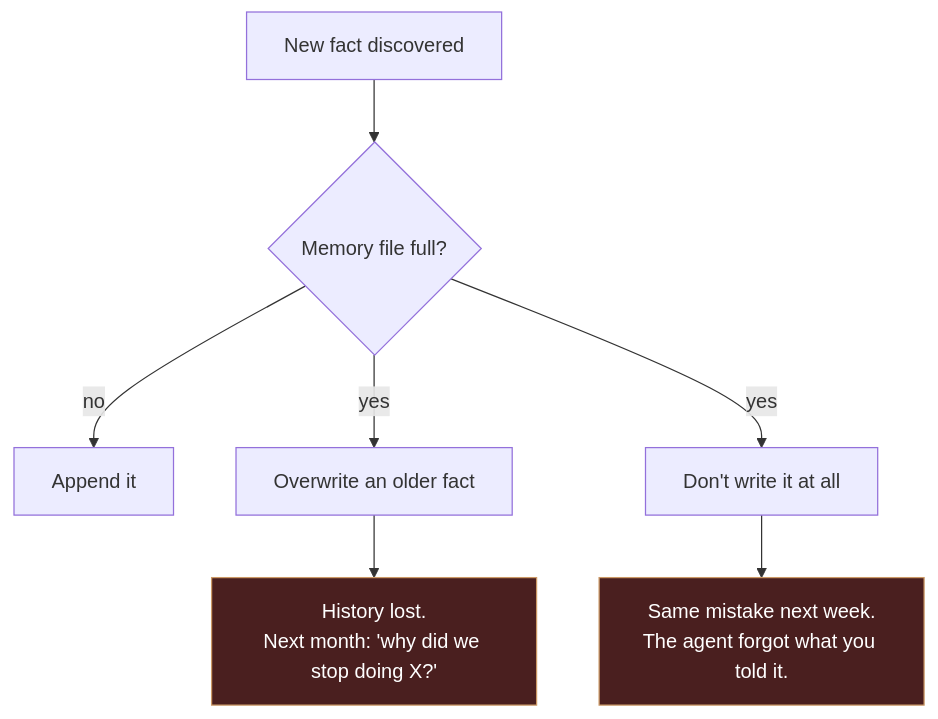
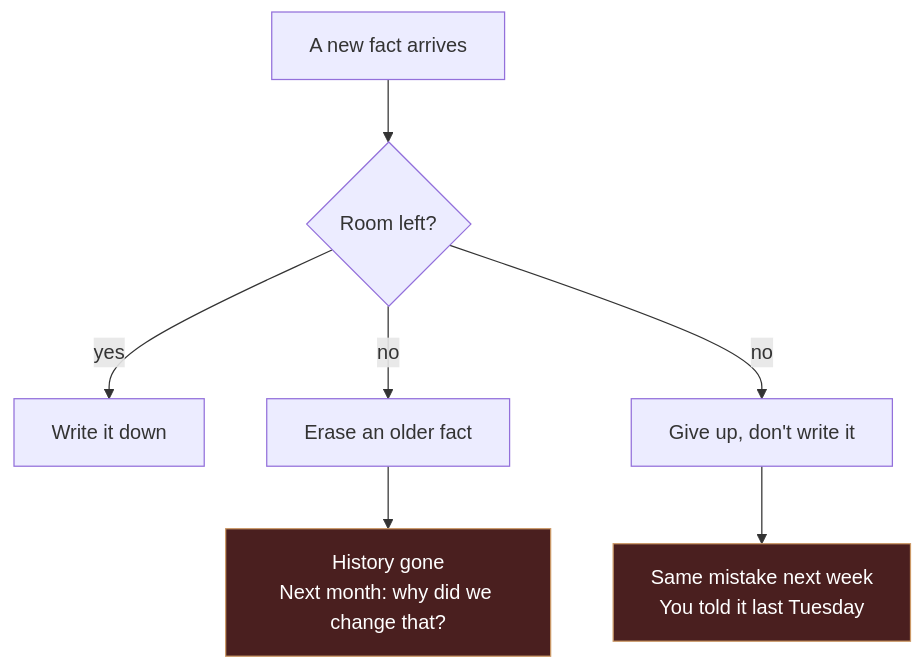
Before and after one commit to QINXIN111/tiered-memory: the second of 3 diagrams in README.md, drawn with Mermaid. The commit also changed other lines of this file and 1 other file, not shown here.

````diff
--- a/README.md
+++ b/README.md
@@ -52,11 +58,11 @@
 ```mermaid
 flowchart TD
-    A["New fact discovered"] --> B{"Memory file full?"}
-    B -- no --> C["Append it"]
-    B -- yes --> D["Overwrite an older fact"]
-    B -- yes --> E["Don't write it at all"]
-    D --> F["History lost.<br/>Next month: 'why did we stop doing X?'"]
-    E --> G["Same mistake next week.<br/>The agent forgot what you told it."]
+    A["A new fact arrives"] --> B{"Room left?"}
+    B -- "yes" --> C["Write it down"]
+    B -- "no" --> D["Erase an older fact"]
+    B -- "no" --> E["Give up, don't write it"]
+    D --> F["History gone<br/>Next month: why did we change that?"]
+    E --> G["Same mistake next week<br/>You told it last Tuesday"]
     style F fill:#4a1f1f,stroke:#c96,color:#fff
     style G fill:#4a1f1f,stroke:#c96,color:#fff
 ```
````
